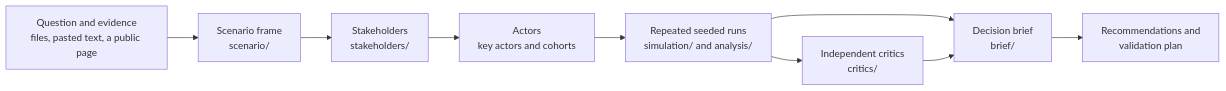
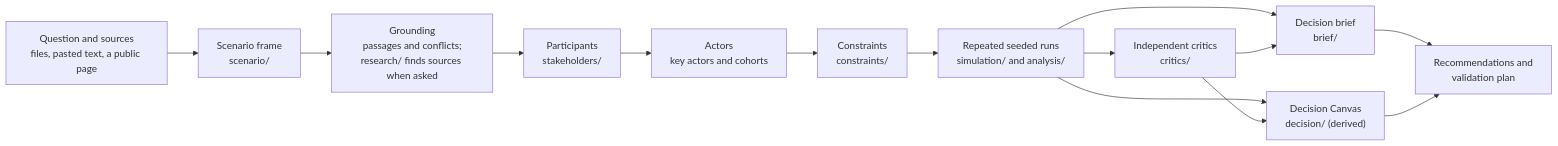
One commit to snowjug/Swarm changed the first of 2 diagrams in ARCHITECTURE.md. Above: the diagram before and after it, drawn with Mermaid. The commit also changed other lines of this file, not shown here.

First line of the commit message:
docs(architecture): describe research, constraints, the Decision Canvas, model tasks and hosting

````diff
--- a/ARCHITECTURE.md
+++ b/ARCHITECTURE.md
@@ -32,11 +38,16 @@
 ```mermaid
 flowchart LR
-    Q["Question and evidence<br/>files, pasted text, a public page"] --> S["Scenario frame<br/>scenario/"]
-    S --> K["Stakeholders<br/>stakeholders/"]
+    Q["Question and sources<br/>files, pasted text, a public page"] --> S["Scenario frame<br/>scenario/"]
+    S --> G["Grounding<br/>passages and conflicts;<br/>research/ finds sources when asked"]
+    G --> K["Participants<br/>stakeholders/"]
     K --> A["Actors<br/>key actors and cohorts"]
-    A --> R["Repeated seeded runs<br/>simulation/ and analysis/"]
+    A --> CN["Constraints<br/>constraints/"]
+    CN --> R["Repeated seeded runs<br/>simulation/ and analysis/"]
     R --> C["Independent critics<br/>critics/"]
+    R --> D["Decision Canvas<br/>decision/ (derived)"]
     R --> B["Decision brief<br/>brief/"]
     C --> B
+    C --> D
     B --> V["Recommendations and<br/>validation plan"]
+    D --> V
 ```
````
